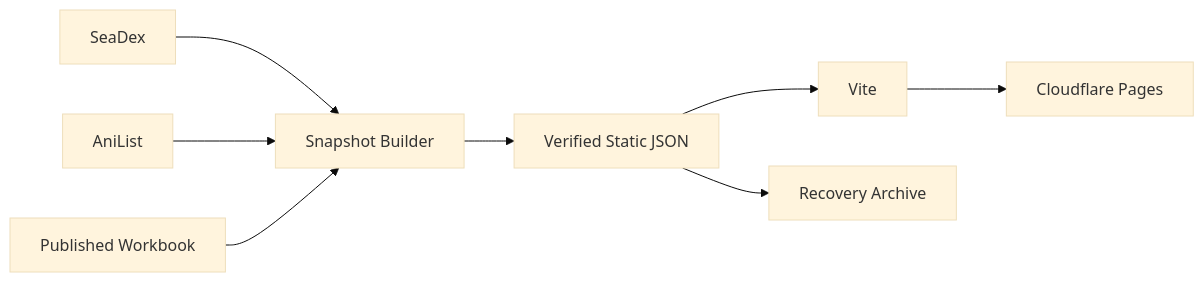
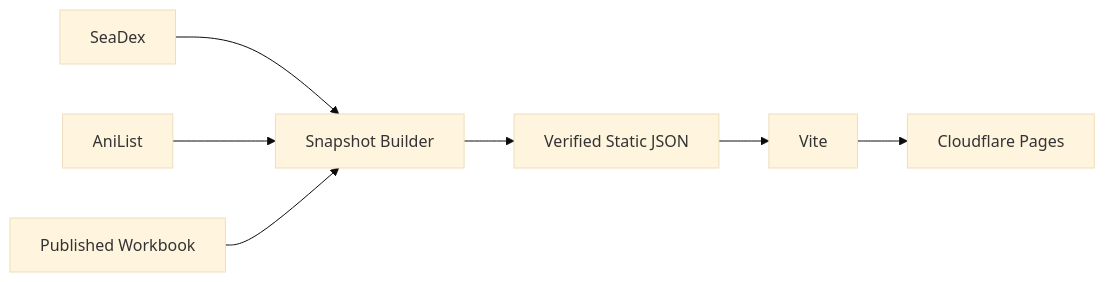
Before and after one commit to EithonX/seadex-mirror: the diagram in README.md, drawn with Mermaid (base theme). The commit also changed 3 other files, not shown here.

First line of the commit message:
ci: remove snapshot recovery archive from deployment workflows

````diff
--- a/README.md
+++ b/README.md
@@ -13,10 +13,9 @@
 ```mermaid
 flowchart LR
     A[SeaDex] --> B[Snapshot Builder]
     C[AniList] --> B
     D[Published Workbook] --> B
     B --> E[Verified Static JSON]
     E --> F[Vite]
     F --> G[Cloudflare Pages]
-    E --> H[Recovery Archive]
 ```
````
